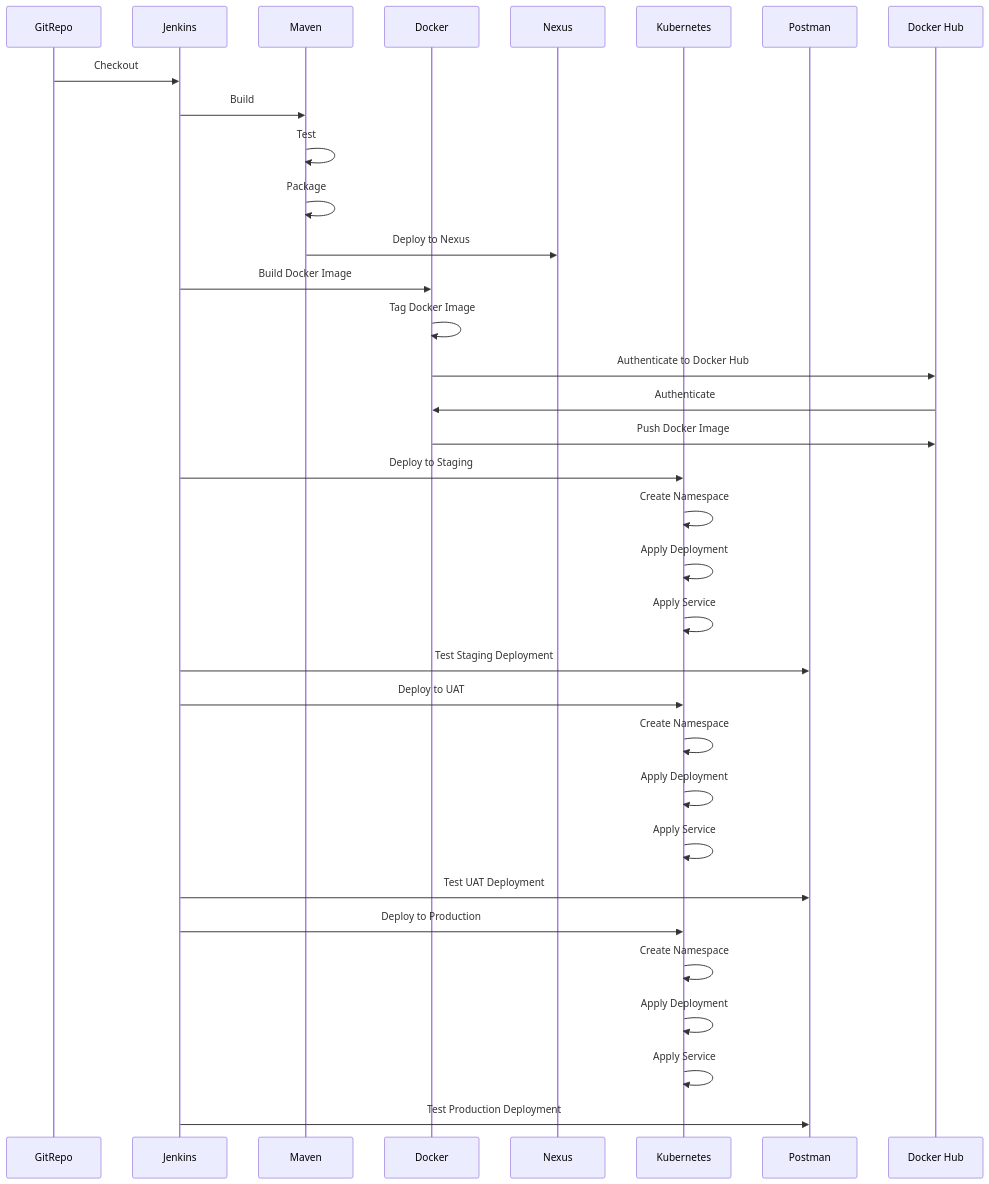
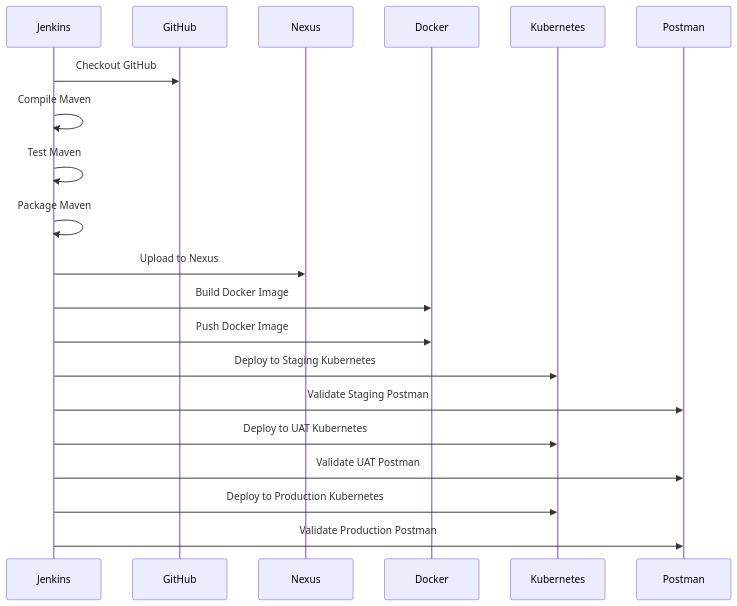
Before and after one commit to albertogomezaloso/lab-starter: the diagram in readme.md, drawn with Mermaid.

````diff
--- a/readme.md
+++ b/readme.md
@@ -1,35 +1,23 @@
 ```mermaid
 sequenceDiagram
-    participant GitRepo
     participant Jenkins
-    participant Maven
+    participant GitHub
+    participant Nexus
     participant Docker
-    participant Nexus
     participant Kubernetes
     participant Postman
-    GitRepo ->> Jenkins: Checkout
-    Jenkins ->> Maven: Build
-    Maven ->> Maven: Test
-    Maven ->> Maven: Package
-    Maven ->> Nexus: Deploy to Nexus
-    Jenkins ->> Docker: Build Docker Image
-    Docker ->> Docker: Tag Docker Image
-    Docker ->> Docker Hub: Authenticate to Docker Hub
-    Docker Hub ->> Docker: Authenticate
-    Docker ->> Docker Hub: Push Docker Image
-    Jenkins ->> Kubernetes: Deploy to Staging
-    Kubernetes ->> Kubernetes: Create Namespace
-    Kubernetes ->> Kubernetes: Apply Deployment
-    Kubernetes ->> Kubernetes: Apply Service
-    Jenkins ->> Postman: Test Staging Deployment
-    Jenkins ->> Kubernetes: Deploy to UAT
-    Kubernetes ->> Kubernetes: Create Namespace
-    Kubernetes ->> Kubernetes: Apply Deployment
-    Kubernetes ->> Kubernetes: Apply Service
-    Jenkins ->> Postman: Test UAT Deployment
-    Jenkins ->> Kubernetes: Deploy to Production
-    Kubernetes ->> Kubernetes: Create Namespace
-    Kubernetes ->> Kubernetes: Apply Deployment
-    Kubernetes ->> Kubernetes: Apply Service
-    Jenkins ->> Postman: Test Production Deployment
+
+    Jenkins->>GitHub: Checkout GitHub
+    Jenkins->>Jenkins: Compile Maven
+    Jenkins->>Jenkins: Test Maven
+    Jenkins->>Jenkins: Package Maven
+    Jenkins->>Nexus: Upload to Nexus
+    Jenkins->>Docker: Build Docker Image
+    Jenkins->>Docker: Push Docker Image
+    Jenkins->>Kubernetes: Deploy to Staging Kubernetes
+    Jenkins->>Postman: Validate Staging Postman
+    Jenkins->>Kubernetes: Deploy to UAT Kubernetes
+    Jenkins->>Postman: Validate UAT Postman
+    Jenkins->>Kubernetes: Deploy to Production Kubernetes
+    Jenkins->>Postman: Validate Production Postman
   ```
````
